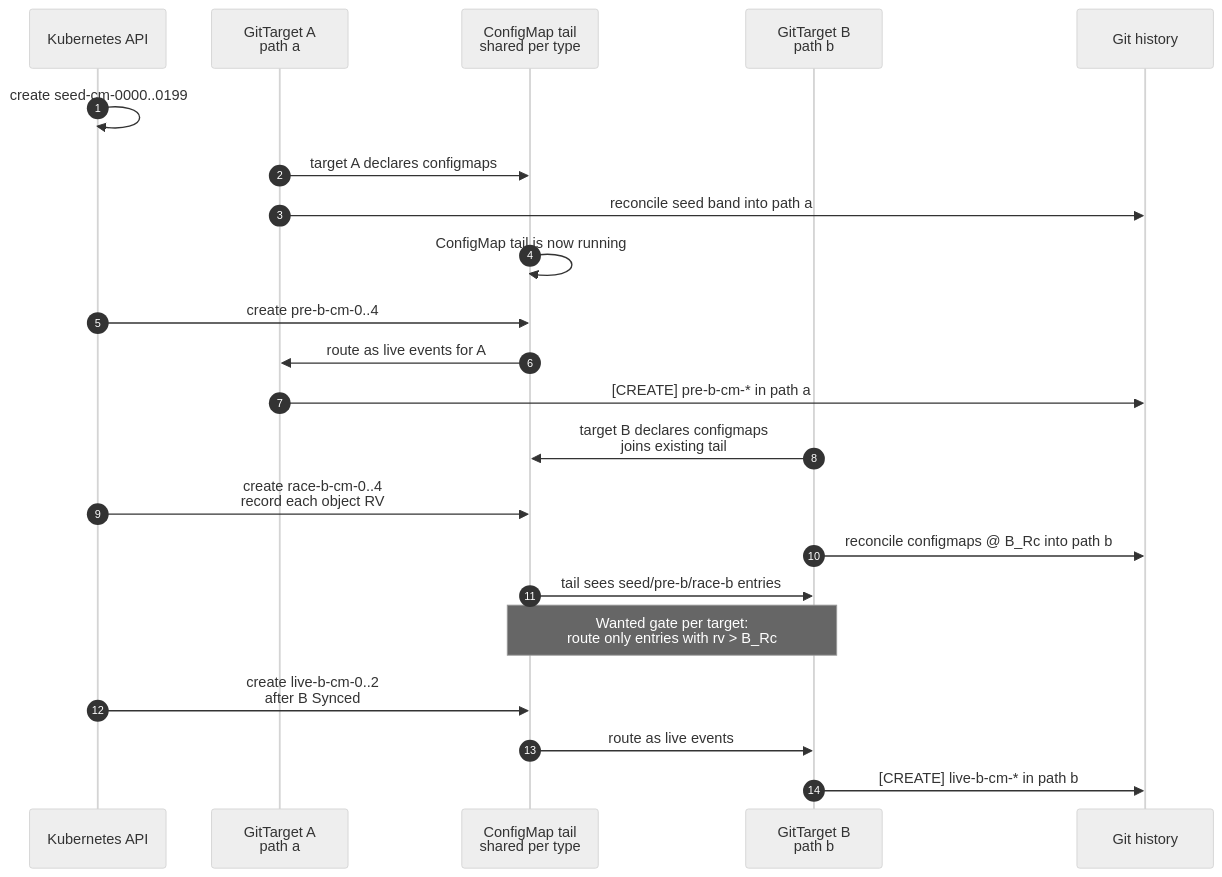
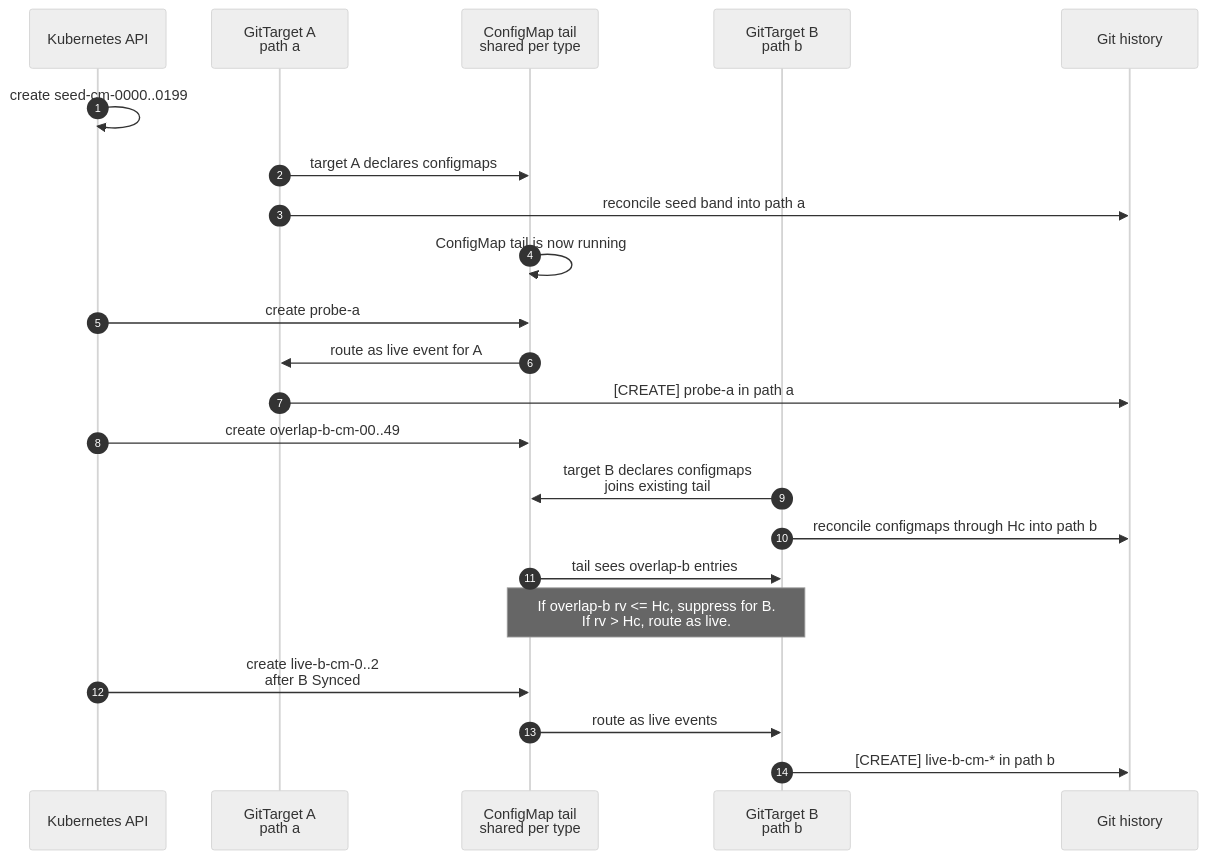
Before and after one commit to ConfigButler/gitops-reverser: the sixth of 7 diagrams in docs/design/stream/signing-snapshot-tail-replay-failure-investigation.md, drawn with Mermaid (neutral theme). The commit also changed other lines of this file and 2 other files, not shown here.

````diff
--- a/docs/design/stream/signing-snapshot-tail-replay-failure-investigation.md
+++ b/docs/design/stream/signing-snapshot-tail-replay-failure-investigation.md
@@ -435,29 +567,29 @@
 ```mermaid
 sequenceDiagram
   autonumber
   participant API as Kubernetes API
   participant A as GitTarget A<br/>path a
   participant TL as ConfigMap tail<br/>shared per type
   participant B as GitTarget B<br/>path b
   participant GIT as Git history
 
   API->>API: create seed-cm-0000..0199
   A->>TL: target A declares configmaps
   A->>GIT: reconcile seed band into path a
   TL->>TL: ConfigMap tail is now running
 
-  API->>TL: create pre-b-cm-0..4
-  TL->>A: route as live events for A
-  A->>GIT: [CREATE] pre-b-cm-* in path a
+  API->>TL: create probe-a
+  TL->>A: route as live event for A
+  A->>GIT: [CREATE] probe-a in path a
 
+  API->>TL: create overlap-b-cm-00..49
   B->>TL: target B declares configmaps<br/>joins existing tail
-  API->>TL: create race-b-cm-0..4<br/>record each object RV
-  B->>GIT: reconcile configmaps @ B_Rc into path b
+  B->>GIT: reconcile configmaps through Hc into path b
 
-  TL->>B: tail sees seed/pre-b/race-b entries
-  Note over TL,B: Wanted gate per target:<br/>route only entries with rv > B_Rc
+  TL->>B: tail sees overlap-b entries
+  Note over TL,B: If overlap-b rv <= Hc, suppress for B.<br/>If rv > Hc, route as live.
 
   API->>TL: create live-b-cm-0..2<br/>after B Synced
   TL->>B: route as live events
   B->>GIT: [CREATE] live-b-cm-* in path b
 ```
````
